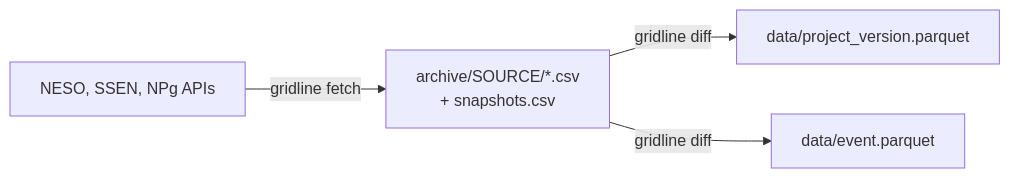
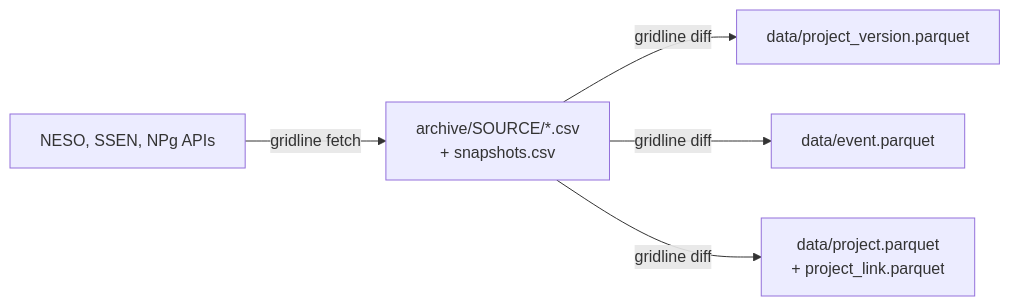
The diagram in README.md (anwaroodin/gridline), drawn with Mermaid before and after one commit. The commit also changed other lines of this file and 3 other files, not shown here.

````diff
--- a/README.md
+++ b/README.md
@@ -67,6 +67,7 @@
 ```mermaid
 flowchart LR
     A[NESO, SSEN, NPg APIs] -->|gridline fetch| B[archive/SOURCE/*.csv<br/>+ snapshots.csv]
     B -->|gridline diff| C[data/project_version.parquet]
     B -->|gridline diff| D[data/event.parquet]
+    B -->|gridline diff| E[data/project.parquet<br/>+ project_link.parquet]
 ```
````
